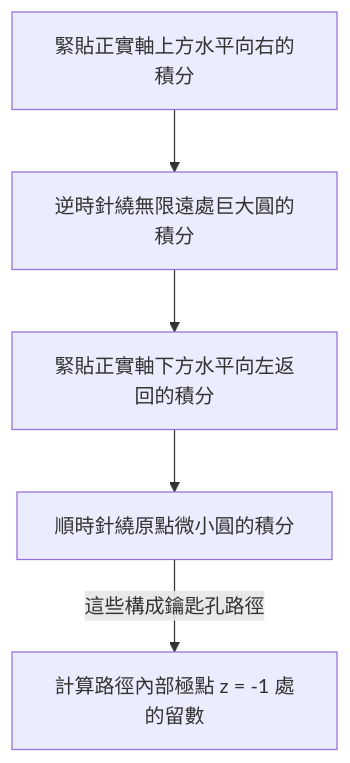
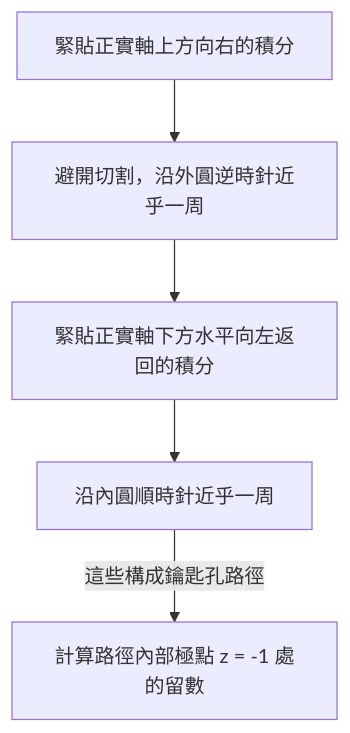
The third of 3 diagrams in content/post/residue-theorem/index.zh-tw.md (kenjinote/blog), drawn with Mermaid before and after one commit. The commit also changed other lines of this file and 11 other files, not shown here.

````diff
--- a/content/post/residue-theorem/index.zh-tw.md
+++ b/content/post/residue-theorem/index.zh-tw.md
@@ -166,7 +167,7 @@
 ```mermaid
 flowchart TD
-    A["緊貼正實軸上方水平向右的積分"] --> B["逆時針繞無限遠處巨大圓的積分"]
+    A["緊貼正實軸上方向右的積分"] --> B["避開切割，沿外圓逆時針近乎一周"]
     B --> C["緊貼正實軸下方水平向左返回的積分"]
-    C --> D["順時針繞原點微小圓的積分"]
+    C --> D["沿內圓順時針近乎一周"]
     D -->|"這些構成鑰匙孔路徑"| E["計算路徑內部極點 z = -1 處的留數"]
 ```
````
